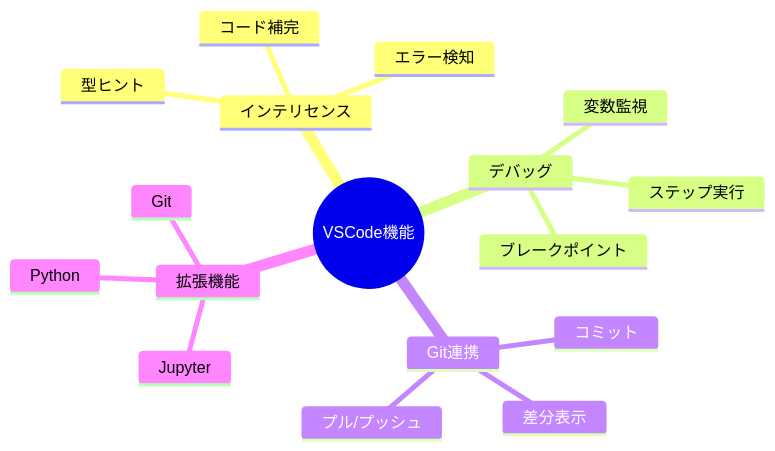
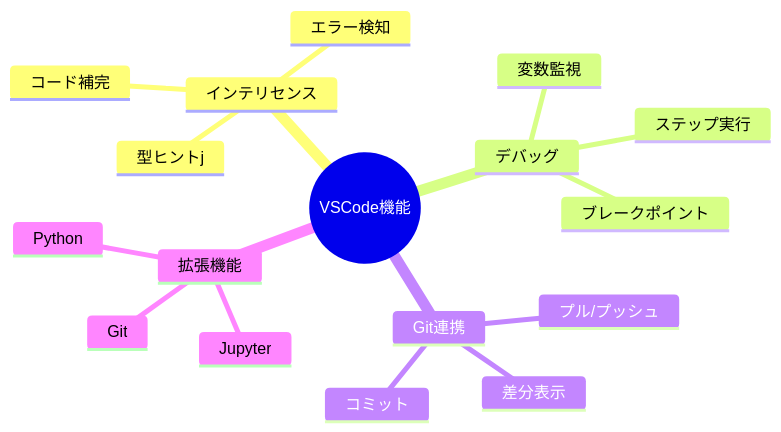
The second of 6 diagrams in src/CS勉強会.md (syeeel/cs-study-marp), drawn with Mermaid before and after one commit.

Commit message:
remove mermaid.

````diff
--- a/src/CS勉強会.md
+++ b/src/CS勉強会.md
@@ -82,20 +82,20 @@
 ```mermaid
 mindmap
   root((VSCode機能))
     インテリセンス
       コード補完
       エラー検知
-      型ヒント
+      型ヒントj
     デバッグ
       ブレークポイント
       変数監視
       ステップ実行
     Git連携
       差分表示
       コミット
       プル/プッシュ
     拡張機能
       Jupyter
       Python
       Git
 ```
````
